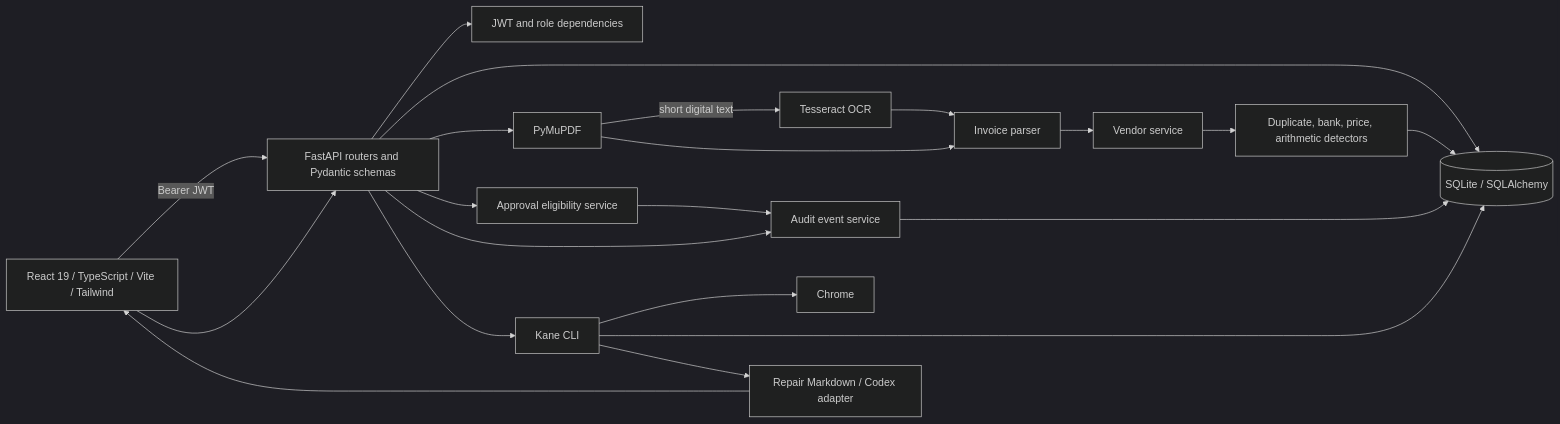
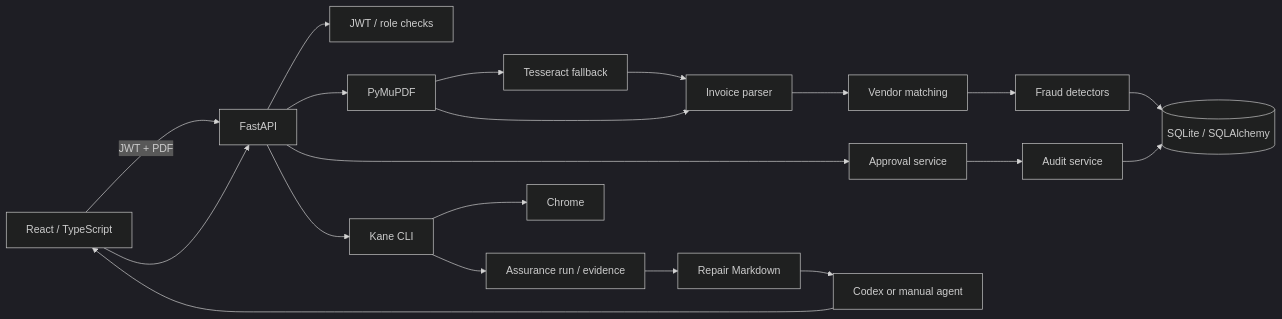
Before and after one commit to Biki-dev/ledgerlock: the diagram in docs/ARCHITECTURE.md, drawn with Mermaid (dark theme). The commit also changed other lines of this file and 4 other files, not shown here.

````diff
--- a/docs/ARCHITECTURE.md
+++ b/docs/ARCHITECTURE.md
@@ -7,38 +5,22 @@
 ```mermaid
 flowchart LR
-  Browser[React 19 / TypeScript / Vite / Tailwind]
-  API[FastAPI routers and Pydantic schemas]
-  Auth[JWT and role dependencies]
-  DB[(SQLite / SQLAlchemy)]
-  PDF[PyMuPDF]
-  OCR[Tesseract OCR]
-  Parser[Invoice parser]
-  Vendor[Vendor service]
-  Fraud[Duplicate, bank, price, arithmetic detectors]
-  Approval[Approval eligibility service]
-  Audit[Audit event service]
-  Kane[Kane CLI]
-  Chrome[Chrome]
-  Feedback[Repair Markdown / Codex adapter]
-
-  Browser -->|Bearer JWT| API
-  API --> Auth
-  API --> DB
-  API --> PDF
-  PDF -->|short digital text| OCR
-  PDF --> Parser
-  OCR --> Parser
-  Parser --> Vendor
-  Vendor --> Fraud
-  Fraud --> DB
-  API --> Approval
-  Approval --> Audit
-  API --> Audit
-  Audit --> DB
-  Browser --> API
-  API --> Kane
-  Kane --> Chrome
-  Kane --> DB
-  Kane --> Feedback
-  Feedback --> Browser
+  UI[React / TypeScript] -->|JWT + PDF| API[FastAPI]
+  API --> AUTH[JWT / role checks]
+  API --> PDF[PyMuPDF]
+  PDF --> OCR[Tesseract fallback]
+  PDF --> PARSER[Invoice parser]
+  OCR --> PARSER
+  PARSER --> VENDOR[Vendor matching]
+  VENDOR --> FRAUD[Fraud detectors]
+  FRAUD --> DB[(SQLite / SQLAlchemy)]
+  API --> APPROVAL[Approval service]
+  APPROVAL --> AUDIT[Audit service]
+  AUDIT --> DB
+  UI --> API
+  API --> KANE[Kane CLI]
+  KANE --> CHROME[Chrome]
+  KANE --> RUNS[Assurance run / evidence]
+  RUNS --> HANDOFF[Repair Markdown]
+  HANDOFF --> AGENT[Codex or manual agent]
+  AGENT --> UI
 ```
````
